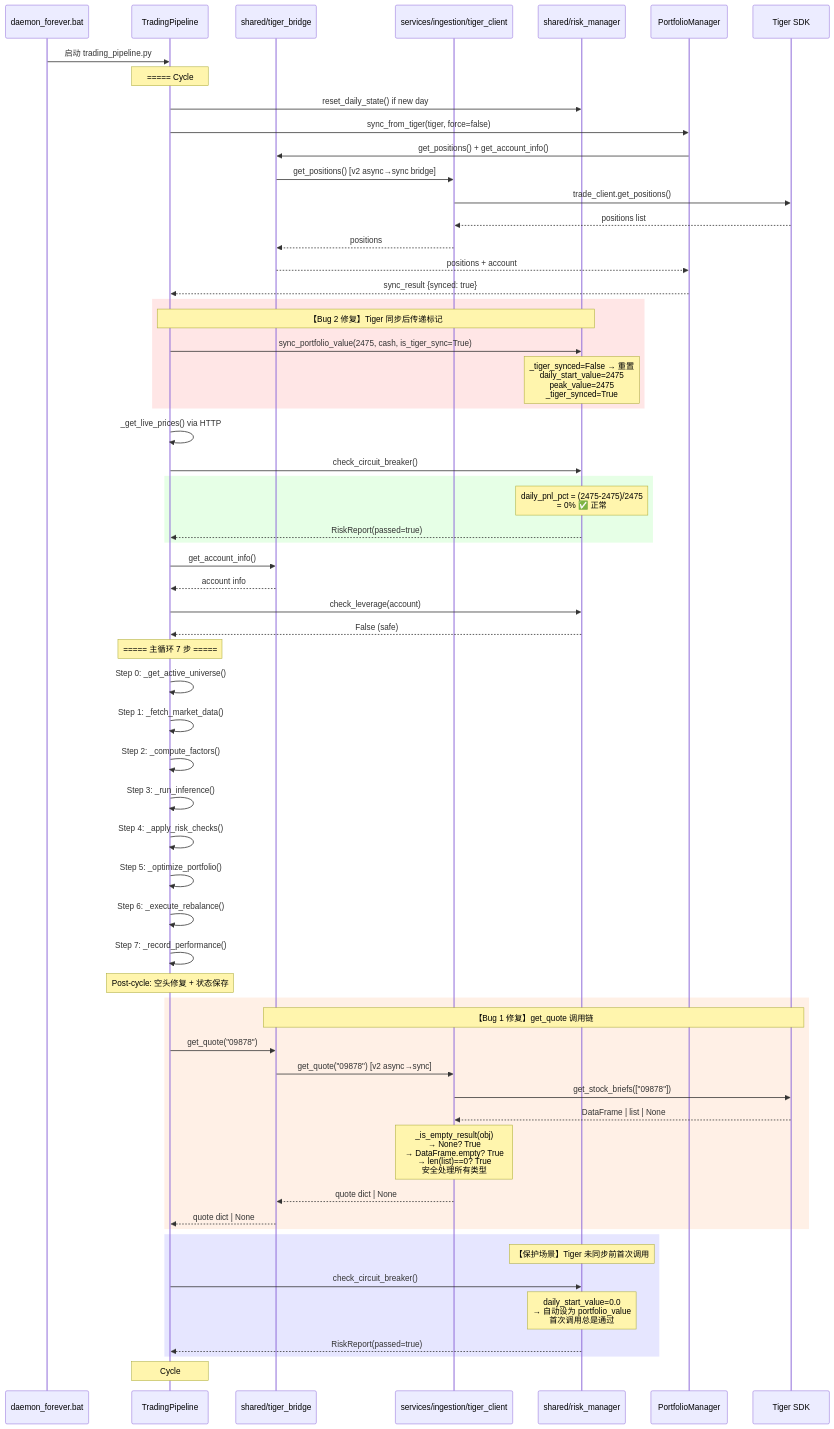
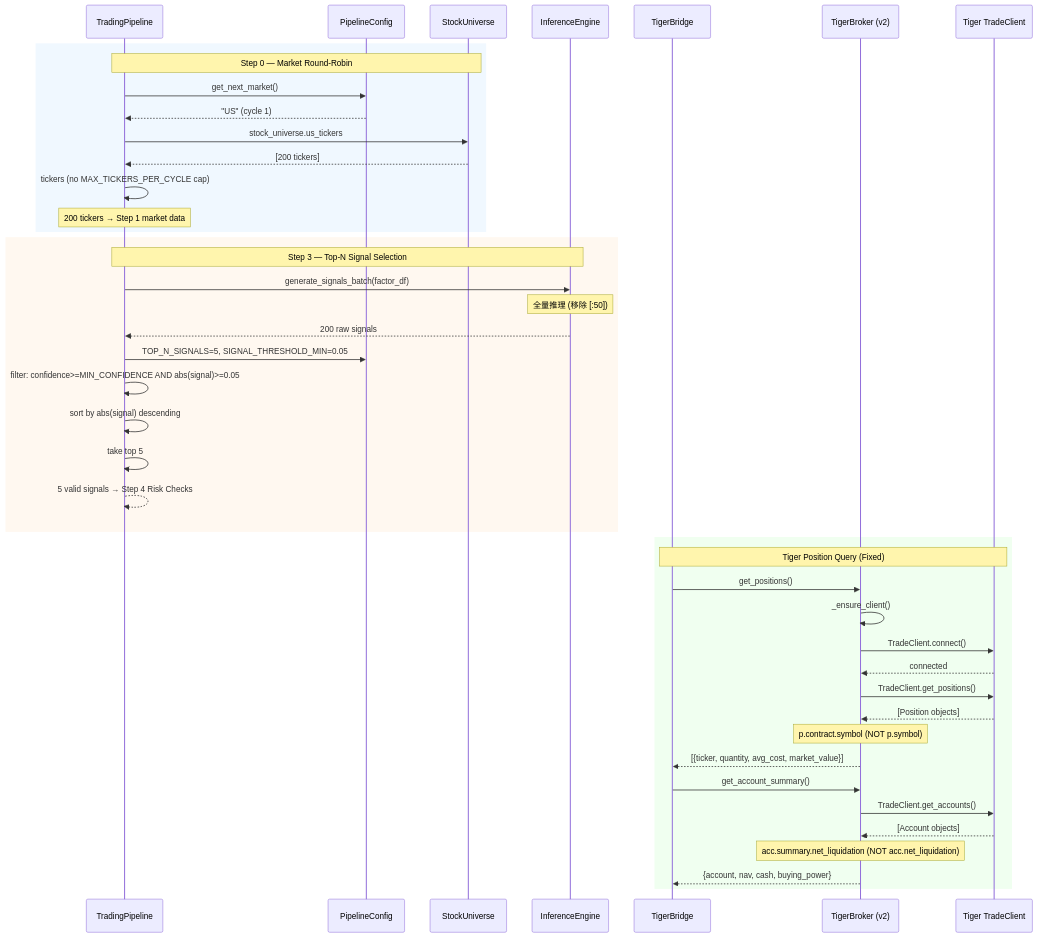
Before and after one commit to AndrewMa1992/quant-ai-trader: the diagram in docs/sequence-diagram.mermaid, drawn with Mermaid. The commit also changed 4 other files, not shown here.

Commit message:
feat(T01): pipeline config - top-N signals, market rotation, remove ticker cap

```diff
--- a/docs/sequence-diagram.mermaid
+++ b/docs/sequence-diagram.mermaid
@@ -1,80 +1,51 @@
 sequenceDiagram
-    participant DP as daemon_forever.bat
     participant TP as TradingPipeline
-    participant TB as shared/tiger_bridge
-    participant TC as services/ingestion/tiger_client
-    participant RM as shared/risk_manager
-    participant PM as PortfolioManager
-    participant SDK as Tiger SDK
+    participant PC as PipelineConfig
+    participant SU as StockUniverse
+    participant IE as InferenceEngine
+    participant TB as TigerBridge
+    participant BR as TigerBroker (v2)
+    participant SDK as Tiger TradeClient
 
-    DP->>TP: 启动 trading_pipeline.py
-
-    Note over TP: ===== Cycle #1 开始 =====
-
-    %% Step: 交易日切换
-    TP->>RM: reset_daily_state() if new day
-
-    %% Step: Tiger 同步 (关键修复点)
-    TP->>PM: sync_from_tiger(tiger, force=false)
-    PM->>TB: get_positions() + get_account_info()
-    TB->>TC: get_positions() [v2 async→sync bridge]
-    TC->>SDK: trade_client.get_positions()
-    SDK-->>TC: positions list
-    TC-->>TB: positions
-    TB-->>PM: positions + account
-    PM-->>TP: sync_result {synced: true}
-
-    rect rgb(255, 230, 230)
-        Note over TP,RM: 【Bug 2 修复】Tiger 同步后传递标记
-        TP->>RM: sync_portfolio_value(2475, cash, is_tiger_sync=True)
-        Note over RM: _tiger_synced=False → 重置<br/>daily_start_value=2475<br/>peak_value=2475<br/>_tiger_synced=True
+    %% Market Round-Robin Universe Selection
+    rect rgb(240, 248, 255)
+        Note over TP,SU: Step 0 — Market Round-Robin
+        TP->>PC: get_next_market()
+        PC-->>TP: "US" (cycle 1)
+        TP->>SU: stock_universe.us_tickers
+        SU-->>TP: [200 tickers]
+        TP->>TP: tickers (no MAX_TICKERS_PER_CYCLE cap)
+        Note over TP: 200 tickers → Step 1 market data
     end
 
-    %% Step: 熔断检查
-    TP->>TP: _get_live_prices() via HTTP
-    TP->>RM: check_circuit_breaker()
-
-    rect rgb(230, 255, 230)
-        Note over RM: daily_pnl_pct = (2475-2475)/2475<br/>= 0% ✅ 正常
-        RM-->>TP: RiskReport(passed=true)
+    %% Top-N Signal Selection
+    rect rgb(255, 248, 240)
+        Note over TP,IE: Step 3 — Top-N Signal Selection
+        TP->>IE: generate_signals_batch(factor_df)
+        Note over IE: 全量推理 (移除 [:50])
+        IE-->>TP: 200 raw signals
+        TP->>PC: TOP_N_SIGNALS=5, SIGNAL_THRESHOLD_MIN=0.05
+        TP->>TP: filter: confidence>=MIN_CONFIDENCE AND abs(signal)>=0.05
+        TP->>TP: sort by abs(signal) descending
+        TP->>TP: take top 5
+        TP-->>TP: 5 valid signals → Step 4 Risk Checks
     end
 
-    %% Step: 杠杆检查
-    TP->>TB: get_account_info()
-    TB-->>TP: account info
-    TP->>RM: check_leverage(account)
-    RM-->>TP: False (safe)
+    %% Tiger Position Query (Fixed)
+    rect rgb(240, 255, 240)
+        Note over TB,SDK: Tiger Position Query (Fixed)
+        TB->>BR: get_positions()
+        BR->>BR: _ensure_client()
+        BR->>SDK: TradeClient.connect()
+        SDK-->>BR: connected
+        BR->>SDK: TradeClient.get_positions()
+        SDK-->>BR: [Position objects]
+        Note over BR: p.contract.symbol (NOT p.symbol)
+        BR-->>TB: [{ticker, quantity, avg_cost, market_value}]
 
-    Note over TP: ===== 主循环 7 步 =====
-    TP->>TP: Step 0: _get_active_universe()
-    TP->>TP: Step 1: _fetch_market_data()
-    TP->>TP: Step 2: _compute_factors()
-    TP->>TP: Step 3: _run_inference()
-    TP->>TP: Step 4: _apply_risk_checks()
-    TP->>TP: Step 5: _optimize_portfolio()
-    TP->>TP: Step 6: _execute_rebalance()
-    TP->>TP: Step 7: _record_performance()
-
-    Note over TP: Post-cycle: 空头修复 + 状态保存
-
-    %% ===== Bug 1 修复验证 =====
-    rect rgb(255, 240, 230)
-        Note over TB,SDK: 【Bug 1 修复】get_quote 调用链
-        TP->>TB: get_quote("09878")
-        TB->>TC: get_quote("09878") [v2 async→sync]
-        TC->>SDK: get_stock_briefs(["09878"])
-        SDK-->>TC: DataFrame | list | None
-        Note over TC: _is_empty_result(obj)<br/>→ None? True<br/>→ DataFrame.empty? True<br/>→ len(list)==0? True<br/>安全处理所有类型
-        TC-->>TB: quote dict | None
-        TB-->>TP: quote dict | None
+        TB->>BR: get_account_summary()
+        BR->>SDK: TradeClient.get_accounts()
+        SDK-->>BR: [Account objects]
+        Note over BR: acc.summary.net_liquidation (NOT acc.net_liquidation)
+        BR-->>TB: {account, nav, cash, buying_power}
     end
-
-    %% ===== 熔断保护场景 =====
-    rect rgb(230, 230, 255)
-        Note over RM: 【保护场景】Tiger 未同步前首次调用
-        TP->>RM: check_circuit_breaker()
-        Note over RM: daily_start_value=0.0<br/>→ 自动设为 portfolio_value<br/>首次调用总是通过
-        RM-->>TP: RiskReport(passed=true)
-    end
-
-    Note over TP: Cycle #1 完成，休眠 300s...
```
